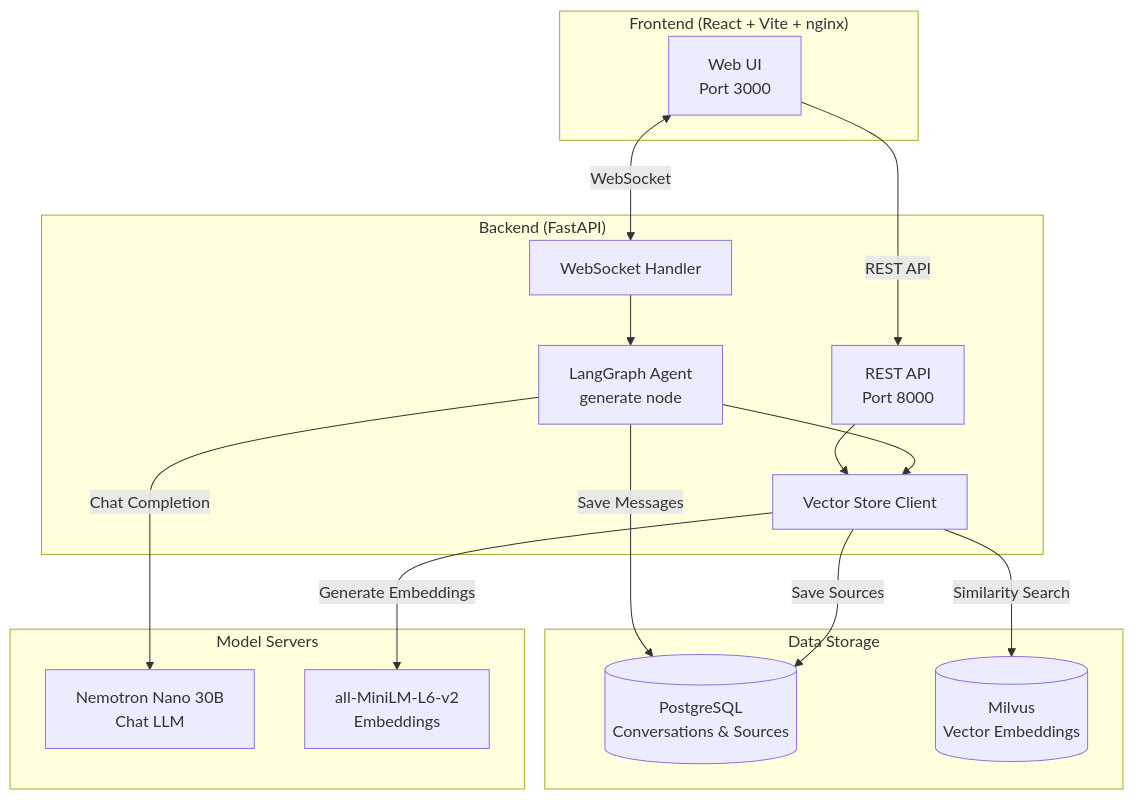
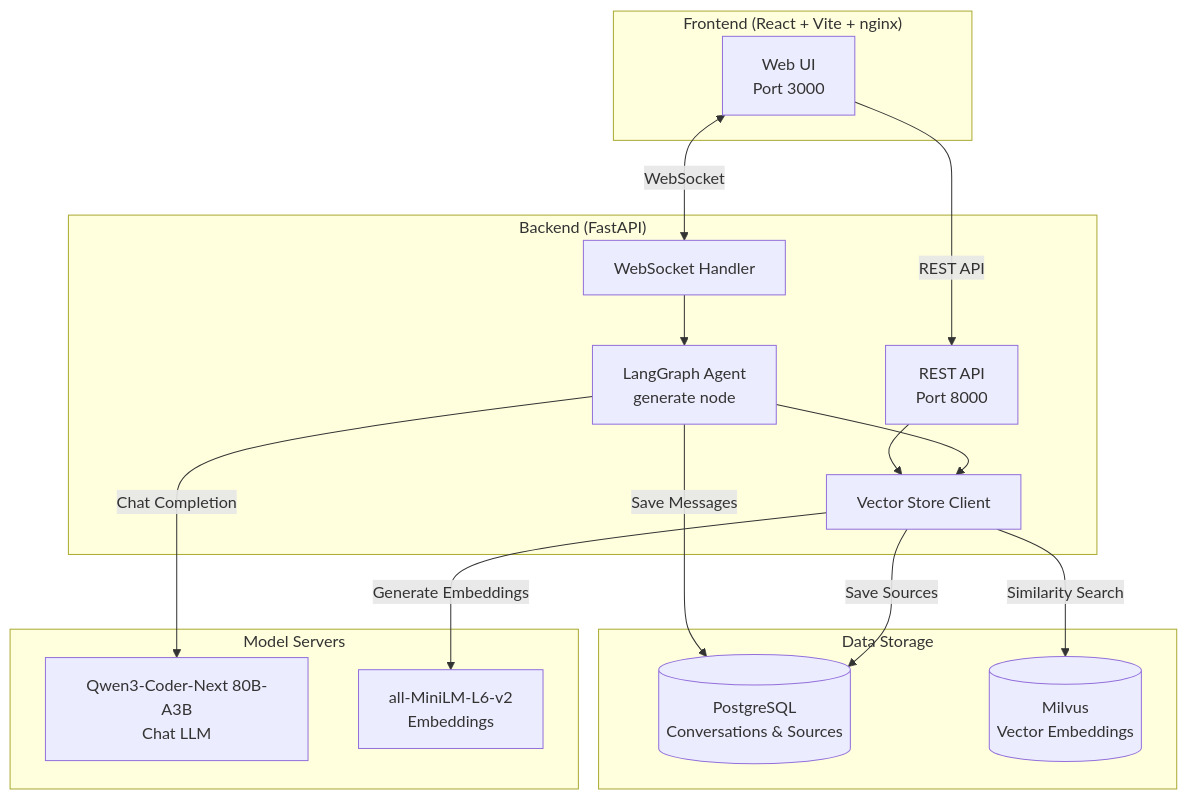
The first of 3 diagrams in README.md (devgig/rag-agent-chatbot), drawn with Mermaid before and after one commit. The commit also changed 12 other files, not shown here.

````diff
--- a/README.md
+++ b/README.md
@@ -31,37 +31,37 @@
 ```mermaid
 flowchart TB
     subgraph Frontend["Frontend (React + Vite + nginx)"]
         UI[Web UI<br/>Port 3000]
     end
 
     subgraph Backend["Backend (FastAPI)"]
         API[REST API<br/>Port 8000]
         WSHandler[WebSocket Handler]
         Agent[LangGraph Agent<br/>generate node]
         VectorStore[Vector Store Client]
     end
 
     subgraph Storage["Data Storage"]
         Postgres[(PostgreSQL<br/>Conversations & Sources)]
         Milvus[(Milvus<br/>Vector Embeddings)]
     end
 
     subgraph Models["Model Servers"]
-        LLM[Nemotron Nano 30B<br/>Chat LLM]
+        LLM[Qwen3-Coder-Next 80B-A3B<br/>Chat LLM]
         Embed[all-MiniLM-L6-v2<br/>Embeddings]
     end
 
     UI -->|REST API| API
     UI <-->|WebSocket| WSHandler
 
     WSHandler --> Agent
     API --> VectorStore
 
     Agent --> VectorStore
     Agent -->|Chat Completion| LLM
     VectorStore -->|Similarity Search| Milvus
     VectorStore -->|Generate Embeddings| Embed
 
     Agent -->|Save Messages| Postgres
     VectorStore -->|Save Sources| Postgres
 ```
````
